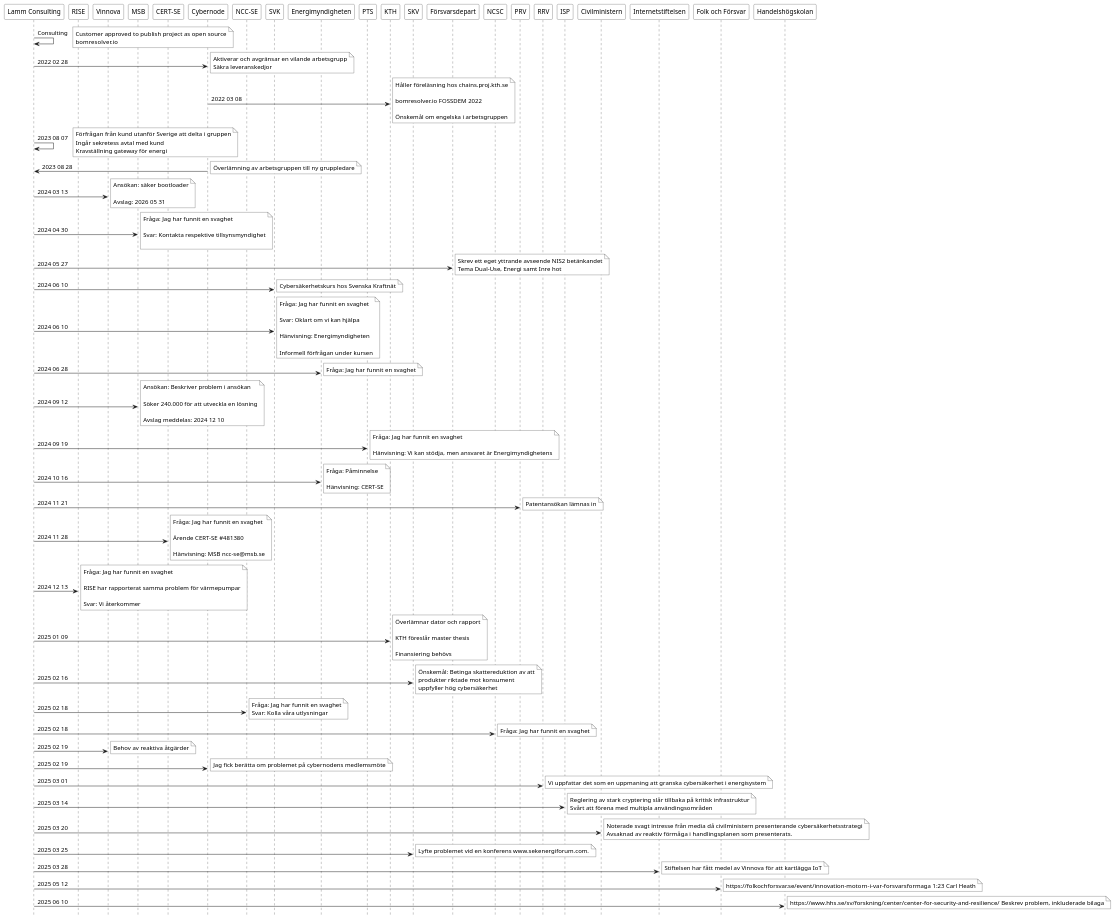
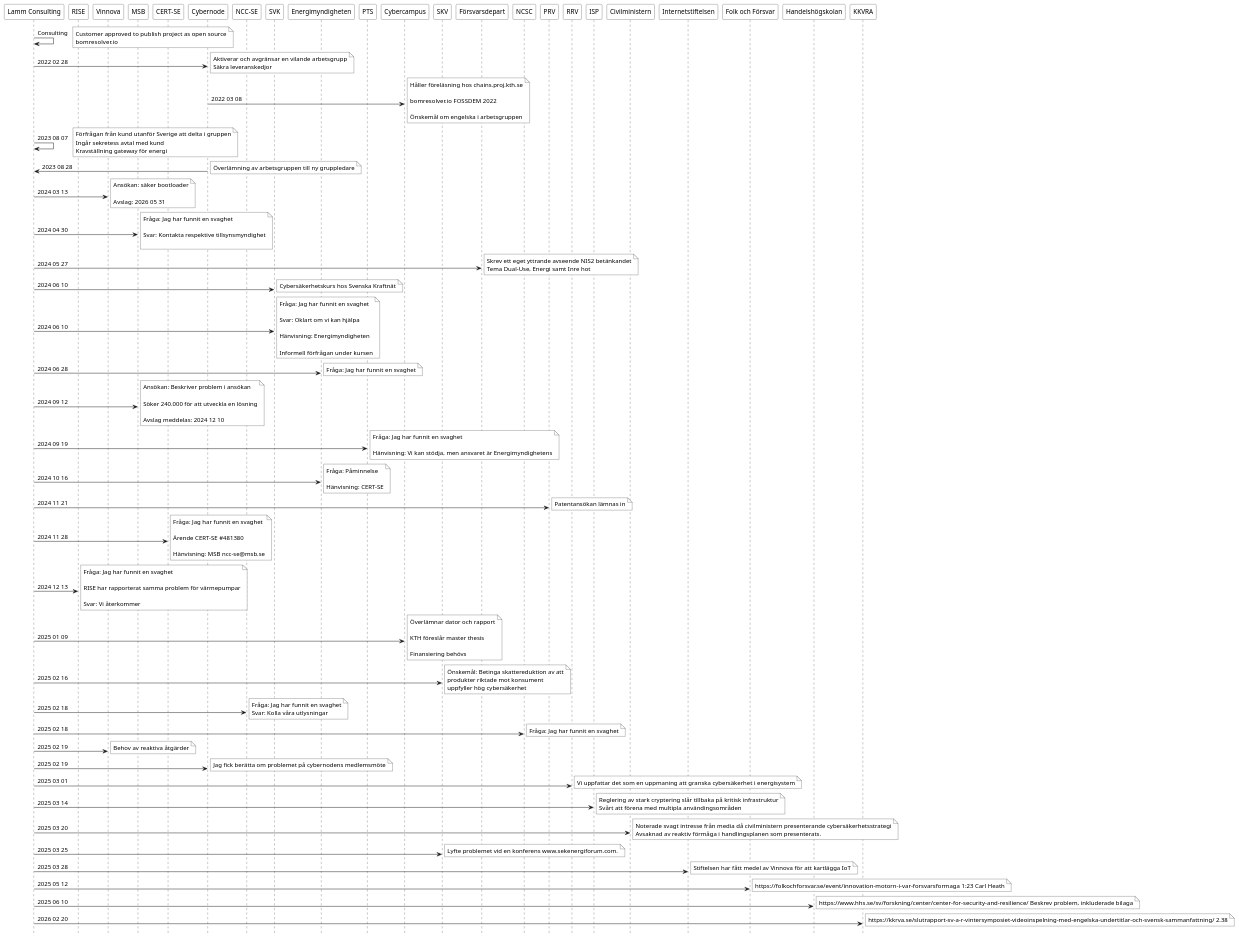
The diagram in static/images/incident.puml (hans-lammda/hans-lammda.github.io), drawn with PlantUML before and after one commit. The commit also changed 1 other file, not shown here.

```diff
--- a/static/images/incident.puml
+++ b/static/images/incident.puml
@@ -1,86 +1,89 @@
 @startuml
 
 hide footbox
 participant "Lamm Consulting"  as LM #FFFFFF
 participant  "RISE" as RISE #FFFFFF
 participant  "Vinnova" as VINN  #FFFFFF
 participant  "MSB" as MSB  #FFFFFF
 participant  "CERT-SE" as CERT #FFFFFF
 participant  "Cybernode" as CYBER  #FFFFFF
 participant  "NCC-SE" as NCC #FFFFFF
 participant  "SVK" as SVK  #FFFFFF
 participant  "Energimyndigheten" as EM #FFFFFF
 participant  "PTS" as PTS #FFFFFF
-participant  "KTH" as KTH #FFFFFF
+participant  "Cybercampus" as KTH #FFFFFF
 participant  "SKV" as SKV #FFFFFF
 participant  "Försvarsdepart" as FORSVAR #FFFFFF
 participant  "NCSC" as NCSC #FFFFFF
 participant  "PRV" as PRV #FFFFFF
 participant  "RRV" as RRV #FFFFFF
 participant  "ISP" as ISP #FFFFFF
 participant  "Civilministern" as CIV #FFFFFF
 participant  "Internetstiftelsen" as IS #FFFFFF
 participant  "Folk och Försvar" as FF #FFFFFF
 participant  "Handelshögskolan" as HH #FFFFFF
+participant  "KKVRA" as KKVRA #FFFFFF
 
 LM -> LM:  Consulting 
 note right #FFFFFF : Customer approved to publish project as open source\nbomresolver.io 
 LM -> CYBER:  2022 02 28
 note right #FFFFFF : Aktiverar och avgränsar en vilande arbetsgrupp\nSäkra leveranskedjor
 CYBER -> KTH: 2022 03 08 
 note right #FFFFFF : Håller föreläsning hos chains.proj.kth.se\n\nbomresolver.io FOSSDEM 2022\n\nÖnskemål om engelska i arbetsgruppen
 LM -> LM:  2023 08 07
 note right #FFFFFF : Förfrågan från kund utanför Sverige att delta i gruppen\nIngår sekretess avtal med kund\nKravställning gateway för energi
 CYBER -> LM:  2023 08 28
 note right #FFFFFF : Överlämning av arbetsgruppen till ny gruppledare
 LM -> VINN: 2024 03 13 
 note right #FFFFFF : Ansökan: säker bootloader\n\nAvslag: 2026 05 31 
 LM -> MSB: 2024 04 30 
 note right #FFFFFF : Fråga: Jag har funnit en svaghet \n\nSvar: Kontakta respektive tillsynsmyndighet\n
 LM -> FORSVAR: 2024 05 27 
 note right #FFFFFF : Skrev ett eget yttrande avseende NIS2 betänkandet\nTema Dual-Use, Energi samt Inre hot
 LM -> SVK:  2024 06 10 
 note right #FFFFFF : Cybersäkerhetskurs hos Svenska Kraftnät 
 LM -> SVK: 2024 06 10 
 note right #FFFFFF : Fråga: Jag har funnit en svaghet \n\nSvar: Oklart om vi kan hjälpa\n\nHänvisning: Energimyndigheten\n\nInformell förfrågan under kursen
 LM -> EM: 2024 06 28 
 note right #FFFFFF : Fråga: Jag har funnit en svaghet
 LM -> MSB: 2024 09 12 
 note right #FFFFFF : Ansökan: Beskriver problem i ansökan\n\nSöker 240.000 för att utveckla en lösning\n\nAvslag meddelas: 2024 12 10
 LM -> PTS: 2024 09 19 
 note right #FFFFFF : Fråga: Jag har funnit en svaghet\n\nHänvisning: Vi kan stödja, men ansvaret är Energimyndighetens
 LM -> EM: 2024 10 16 
 note right #FFFFFF : Fråga: Påminnelse\n\nHänvisning: CERT-SE
 LM -> PRV: 2024 11 21 
 note right #FFFFFF : Patentansökan lämnas in
 LM -> CERT: 2024 11 28 
 note right #FFFFFF : Fråga: Jag har funnit en svaghet\n\nÄrende CERT-SE #481380\n\nHänvisning: MSB ncc-se@msb.se
 LM -> RISE: 2024 12 13 
 note right #FFFFFF : Fråga: Jag har funnit en svaghet\n\nRISE har rapporterat samma problem för värmepumpar\n\nSvar: Vi återkommer
 LM -> KTH: 2025 01 09 
 note right #FFFFFF : Överlämnar dator och rapport\n\nKTH föreslår master thesis\n\nFinansiering behövs
 LM -> SKV: 2025 02 16 
 note right #FFFFFF : Önskemål: Betinga skattereduktion av att\nprodukter riktade mot konsument\nuppfyller hög cybersäkerhet
 LM -> NCC: 2025 02 18 
 note right #FFFFFF :Fråga: Jag har funnit en svaghet\nSvar: Kolla våra utlysningar 
 LM -> NCSC: 2025 02 18 
 note right #FFFFFF :Fråga: Jag har funnit en svaghet 
 LM -> VINN: 2025 02 19 
 note right #FFFFFF : Behov av reaktiva åtgärder 
 LM -> CYBER:  2025 02 19
 note right #FFFFFF : Jag fick berätta om problemet på cybernodens medlemsmöte
 LM -> RRV:  2025 03 01 
 note right #FFFFFF : Vi uppfattar det som en uppmaning att granska cybersäkerhet i energisystem
 LM -> ISP:  2025 03 14 
 note right #FFFFFF : Reglering av stark cryptering slår tillbaka på kritisk infrastruktur\nSvårt att förena med multipla användingsområden
 LM -> CIV:  2025 03 20 
 note right #FFFFFF : Noterade svagt intresse från media då civilministern presenterande cybersäkerhetsstrategi\nAvsaknad av reaktiv förmåga i handlingsplanen som presenterats.
 LM -> SKV:  2025 03 25 
 note right #FFFFFF : Lyfte problemet vid en konferens www.sekenergiforum.com.
 LM -> IS:  2025 03 28 
 note right #FFFFFF : Stiftelsen har fått medel av Vinnova för att kartlägga IoT
 LM -> FF:  2025 05 12 
 note right #FFFFFF : https://folkochforsvar.se/event/innovation-motorn-i-var-forsvarsformaga 1:23 Carl Heath 
 LM -> HH:  2025 06 10 
 note right #FFFFFF : https://www.hhs.se/sv/forskning/center/center-for-security-and-resilience/ Beskrev problem, inkluderade bilaga 
+LM -> KKVRA:  2026 02 20 
+note right #FFFFFF : https://kkrva.se/slutrapport-sv-a-r-vintersymposiet-videoinspelning-med-engelska-undertitlar-och-svensk-sammanfattning/ 2.38  
 @enduml
```
